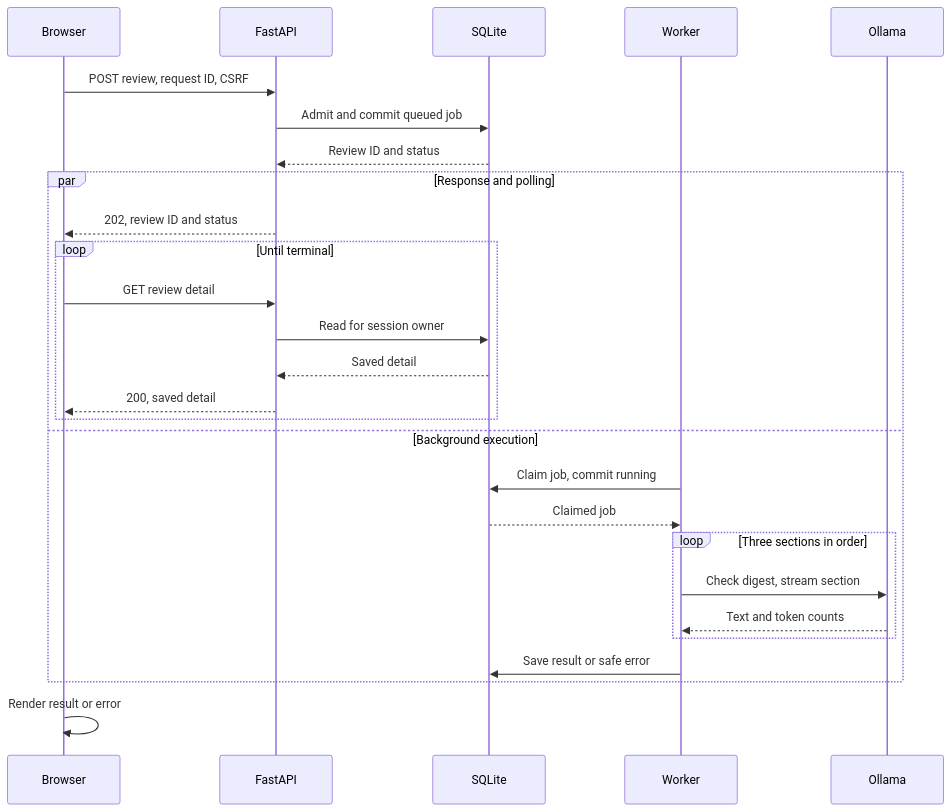
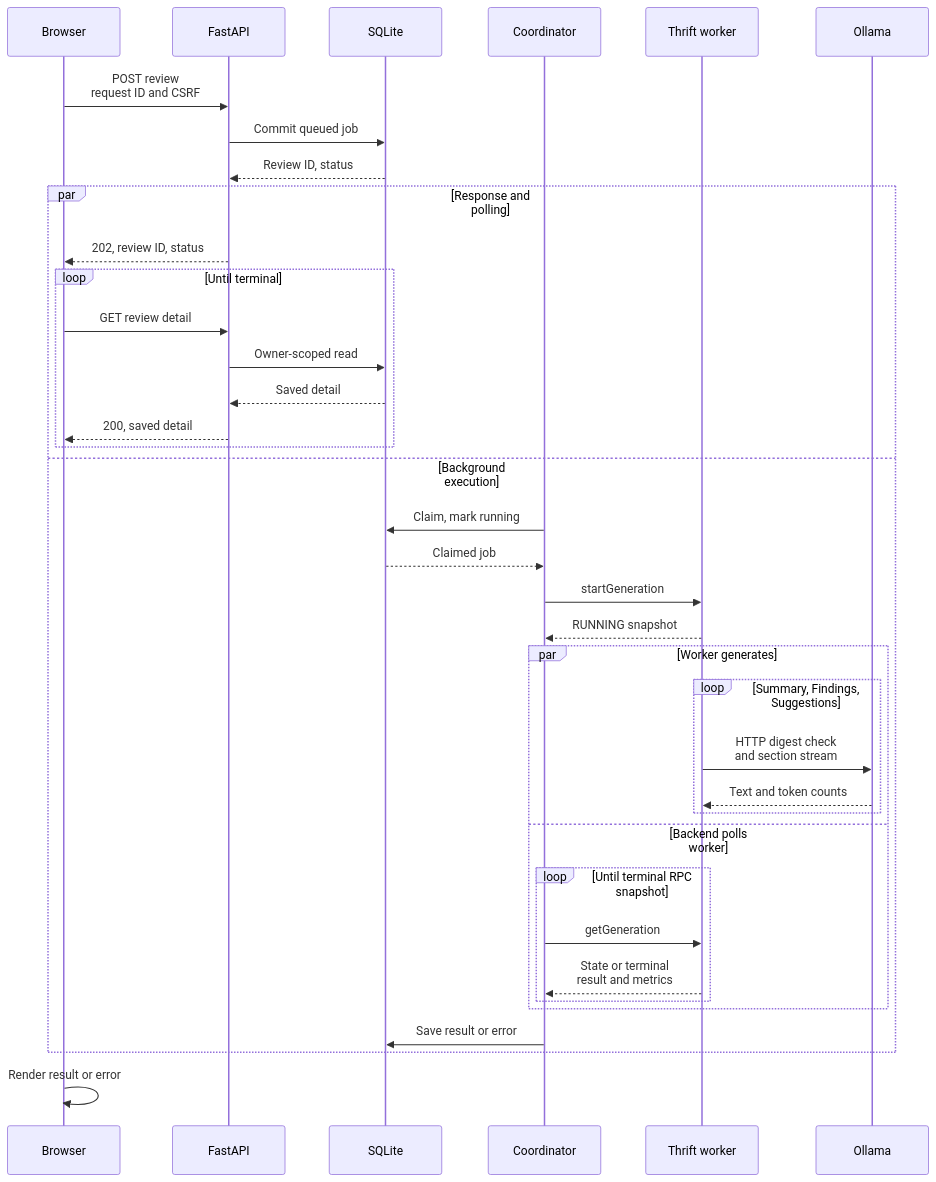
The second of 7 diagrams in docs/reference/workflows.md (GodfreyLyu/LocalQwenDemo), drawn with Mermaid before and after one commit. The commit also changed other lines of this file and 144 other files, not shown here.

````diff
--- a/docs/reference/workflows.md
+++ b/docs/reference/workflows.md
@@ -81,31 +84,41 @@
 ```mermaid
 sequenceDiagram
     accTitle: Durable asynchronous review from submission to saved result
-    accDescr: FastAPI commits the job before returning 202. The browser polls owner-scoped detail while the coordinator independently claims the job, calls Ollama serially and persists a terminal result. The browser renders the saved Markdown after completion.
+    accDescr: FastAPI commits the job before returning 202. The browser polls owner-scoped detail while the coordinator independently claims the job, calls the Thrift worker and persists a terminal result. The browser renders the saved Markdown after completion.
     participant Browser
     participant API as FastAPI
     participant SQLite
-    participant Worker
+    participant Worker as Coordinator
+    participant Inference as Thrift worker
     participant Ollama
-    Browser->>API: POST review, request ID, CSRF
-    API->>SQLite: Admit and commit queued job
-    SQLite-->>API: Review ID and status
+    Browser->>API: POST review<br/>request ID and CSRF
+    API->>SQLite: Commit queued job
+    SQLite-->>API: Review ID, status
     par Response and polling
-        API-->>Browser: 202, review ID and status
+        API-->>Browser: 202, review ID, status
         loop Until terminal
             Browser->>API: GET review detail
-            API->>SQLite: Read for session owner
+            API->>SQLite: Owner-scoped read
             SQLite-->>API: Saved detail
             API-->>Browser: 200, saved detail
         end
     and Background execution
-        Worker->>SQLite: Claim job, commit running
+        Worker->>SQLite: Claim, mark running
         SQLite-->>Worker: Claimed job
-        loop Three sections in order
-            Worker->>Ollama: Check digest, stream section
-            Ollama-->>Worker: Text and token counts
+        Worker->>Inference: startGeneration
+        Inference-->>Worker: RUNNING snapshot
+        par Worker generates
+            loop Summary, Findings, Suggestions
+                Inference->>Ollama: HTTP digest check<br/>and section stream
+                Ollama-->>Inference: Text and token counts
+            end
+        and Backend polls worker
+            loop Until terminal RPC snapshot
+                Worker->>Inference: getGeneration
+                Inference-->>Worker: State or terminal<br/>result and metrics
+            end
         end
-        Worker->>SQLite: Save result or safe error
+        Worker->>SQLite: Save result or error
     end
     Browser->>Browser: Render result or error
 ```
````
